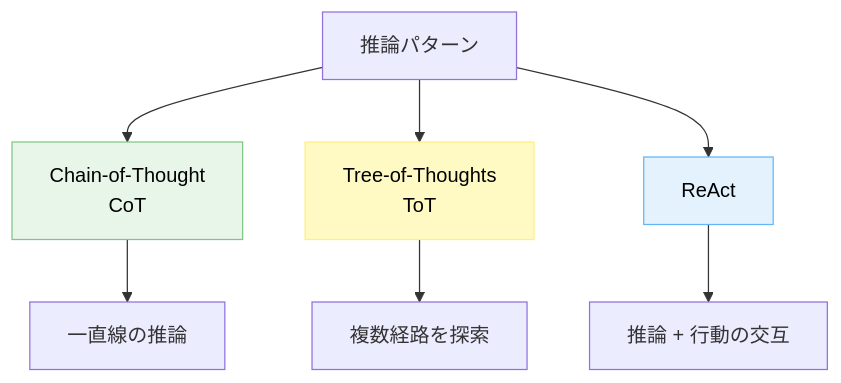
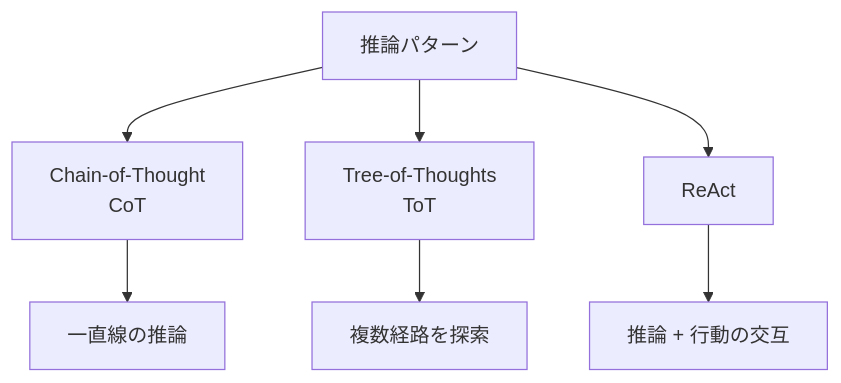
Before and after one commit to dinekt/dinekt-wiki: the first of 4 diagrams in docs/techniques/cottotreact-推論パターンの使い分け.md, drawn with Mermaid. The commit also changed other lines of this file and 70 other files, not shown here.

First line of the commit message:
fix(mermaid): strip all inline styling, rely on theme

````diff
--- a/docs/techniques/cottotreact-推論パターンの使い分け.md
+++ b/docs/techniques/cottotreact-推論パターンの使い分け.md
@@ -25,14 +25,11 @@
 ```mermaid
 flowchart TD
     P[推論パターン] --> C[Chain-of-Thought<br/>CoT]
     P --> T[Tree-of-Thoughts<br/>ToT]
     P --> R[ReAct]
 
     C --> C1[一直線の推論]
     T --> T1[複数経路を探索]
     R --> R1[推論 + 行動の交互]
 
-    style C fill:#e8f5e9,stroke:#81c784,color:#000
-    style T fill:#fff9c4,stroke:#fff176,color:#000
-    style R fill:#e3f2fd,stroke:#64b5f6,color:#000
 ```
````
